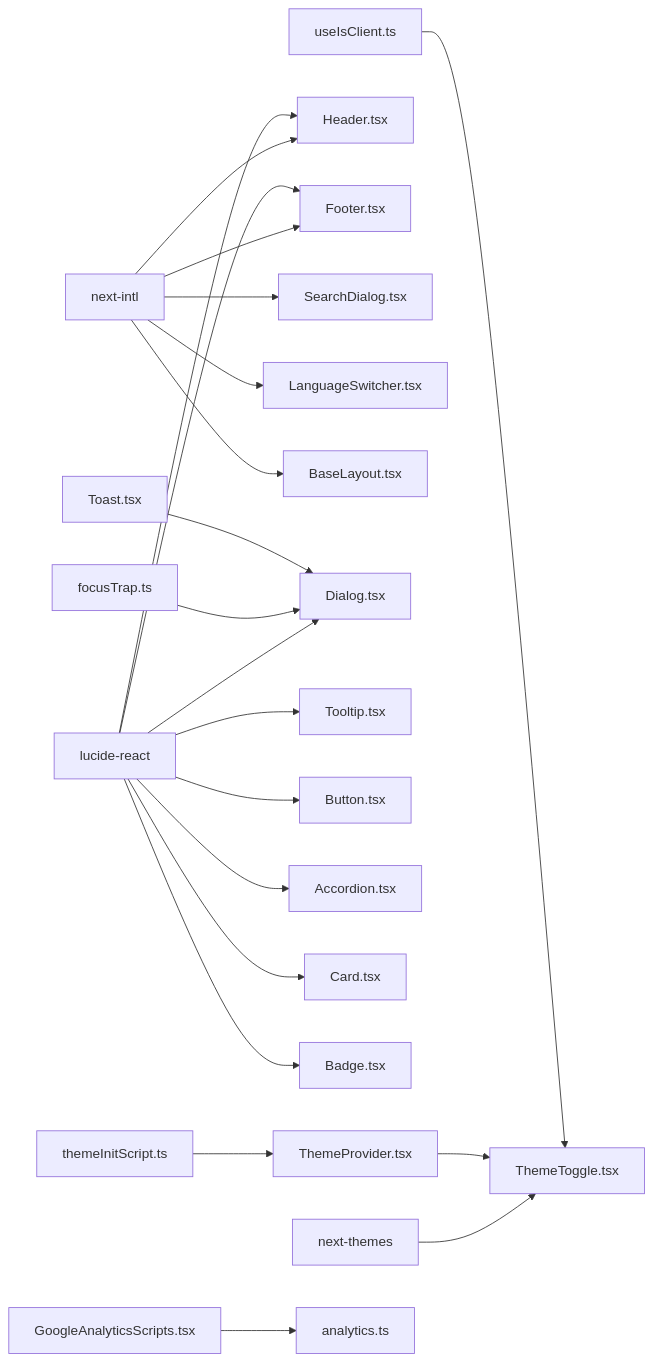
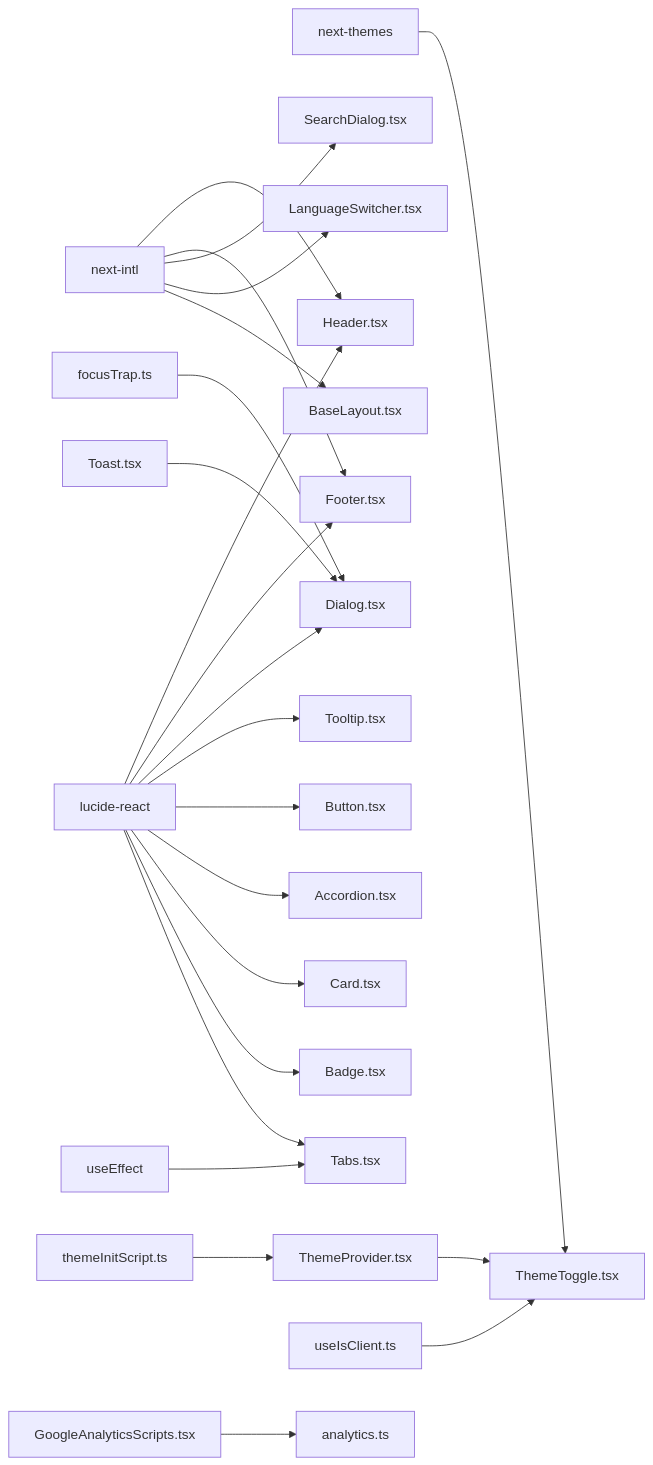
Diagram 11 of 11 in .qoder/repowiki/zh/content/UI组件系统/UI组件系统.md (sgyy/privadeck), drawn with Mermaid before and after one commit. The commit also changed other lines of this file and 5 other files, not shown here.

````diff
--- a/.qoder/repowiki/zh/content/UI组件系统/UI组件系统.md
+++ b/.qoder/repowiki/zh/content/UI组件系统/UI组件系统.md
@@ -824,23 +869,25 @@
 ```mermaid
 graph LR
 NTP["next-themes"] --> TMT["ThemeToggle.tsx"]
 NTL["next-intl"] --> HDR["Header.tsx"]
 NTL --> FTR["Footer.tsx"]
 NTL --> SDI["SearchDialog.tsx"]
 NTL --> LSW["LanguageSwitcher.tsx"]
 NTL --> BL["BaseLayout.tsx"]
 LCR["lucide-react"] --> HDR
 LCR --> FTR
 LCR --> DLG["Dialog.tsx"]
 LCR --> TTP["Tooltip.tsx"]
 LCR --> BTN["Button.tsx"]
 LCR --> ACC["Accordion.tsx"]
 LCR --> CAR["Card.tsx"]
 LCR --> BAD["Badge.tsx"]
+LCR --> TAB["Tabs.tsx"]
 FT["focusTrap.ts"] --> DLG
 TST["Toast.tsx"] --> DLG
 TPR["ThemeProvider.tsx"] --> TMT
 TIS["themeInitScript.ts"] --> TPR
 UIC["useIsClient.ts"] --> TMT
 GAS["GoogleAnalyticsScripts.tsx"] --> ANL["analytics.ts"]
+UE["useEffect"] --> TAB
 ```
````
